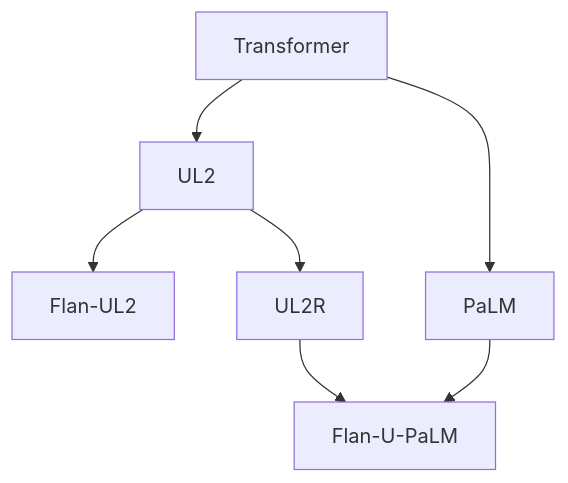
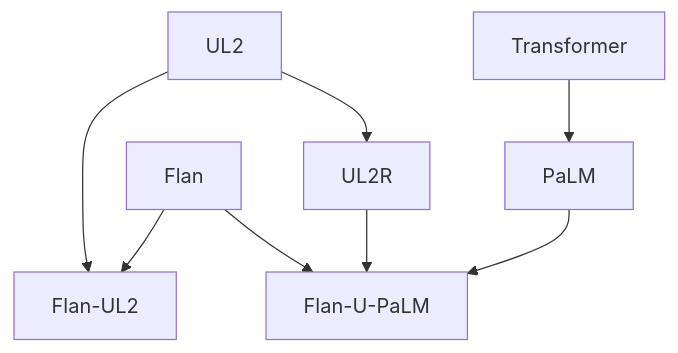
One commit to ted-sharp/chatvox changed diagram 11 of 14 in doc/llm.md. Above: the diagram before and after it, drawn with Mermaid. The commit also changed other lines of this file, not shown here.

````diff
--- a/doc/llm.md
+++ b/doc/llm.md
@@ -405,7 +475,9 @@
 ```mermaid
 flowchart
 
-Transformer --> UL2 --> Flan-UL2
+UL2 --> Flan-UL2
+Flan --> Flan-UL2
+Flan --> Flan-U-PaLM
 UL2 --> UL2R --> Flan-U-PaLM
 Transformer --> PaLM --> Flan-U-PaLM
 ```
````
